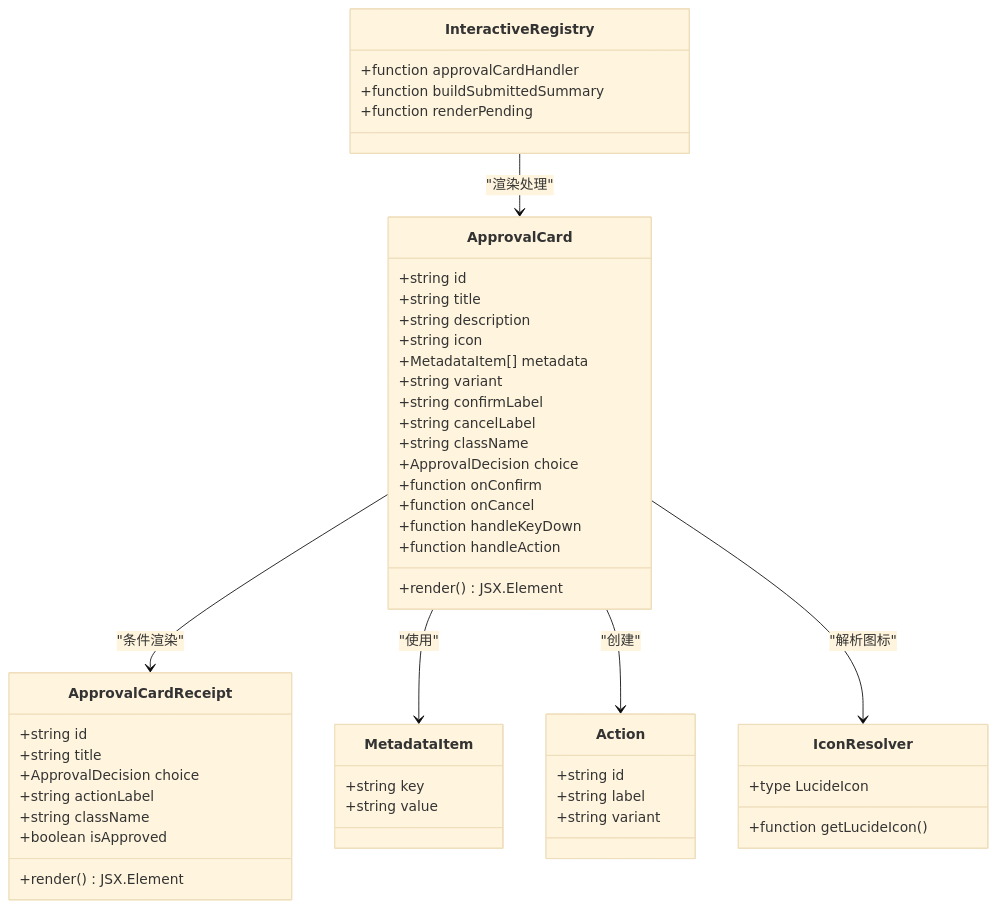
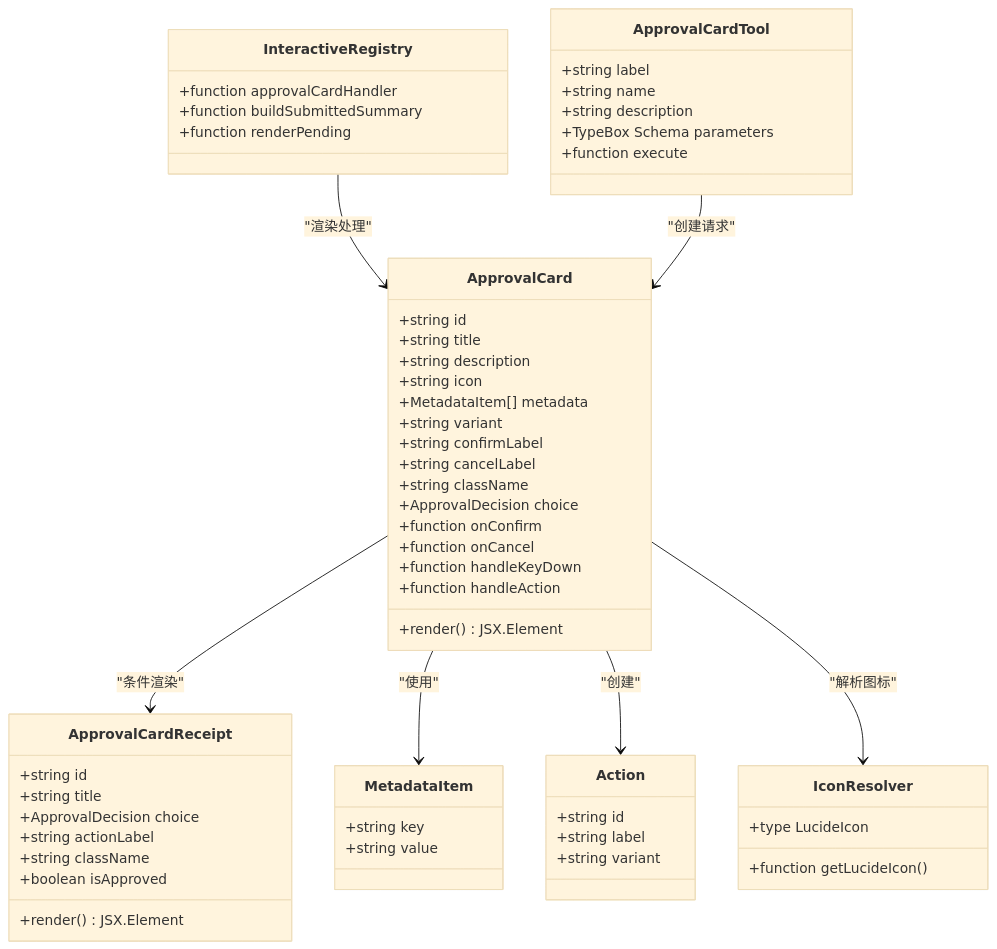
One commit to verse-ai-org/openclaw changed the second of 10 diagrams in .qoder/repowiki/zh/content/Web界面/UI组件系统/工具UI组件/审批卡片组件.md. Above: the diagram before and after it, drawn with Mermaid (base theme). The commit also changed other lines of this file and 11 other files, not shown here.

````diff
--- a/.qoder/repowiki/zh/content/Web界面/UI组件系统/工具UI组件/审批卡片组件.md
+++ b/.qoder/repowiki/zh/content/Web界面/UI组件系统/工具UI组件/审批卡片组件.md
@@ -117,52 +132,60 @@
 ```mermaid
 classDiagram
 class ApprovalCard {
 +string id
 +string title
 +string description
 +string icon
 +MetadataItem[] metadata
 +string variant
 +string confirmLabel
 +string cancelLabel
 +string className
 +ApprovalDecision choice
 +function onConfirm
 +function onCancel
 +function handleKeyDown
 +function handleAction
 +render() JSX.Element
 }
 class ApprovalCardReceipt {
 +string id
 +string title
 +ApprovalDecision choice
 +string actionLabel
 +string className
 +boolean isApproved
 +render() JSX.Element
 }
 class MetadataItem {
 +string key
 +string value
 }
 class Action {
 +string id
 +string label
 +string variant
 }
 class IconResolver {
 +function getLucideIcon()
 +type LucideIcon
 }
 class InteractiveRegistry {
 +function approvalCardHandler
 +function buildSubmittedSummary
 +function renderPending
 }
+class ApprovalCardTool {
++string label
++string name
++string description
++TypeBox Schema parameters
++function execute
+}
 ApprovalCard --> ApprovalCardReceipt : "条件渲染"
 ApprovalCard --> MetadataItem : "使用"
 ApprovalCard --> Action : "创建"
 ApprovalCard --> IconResolver : "解析图标"
 InteractiveRegistry --> ApprovalCard : "渲染处理"
+ApprovalCardTool --> ApprovalCard : "创建请求"
 ```
````
